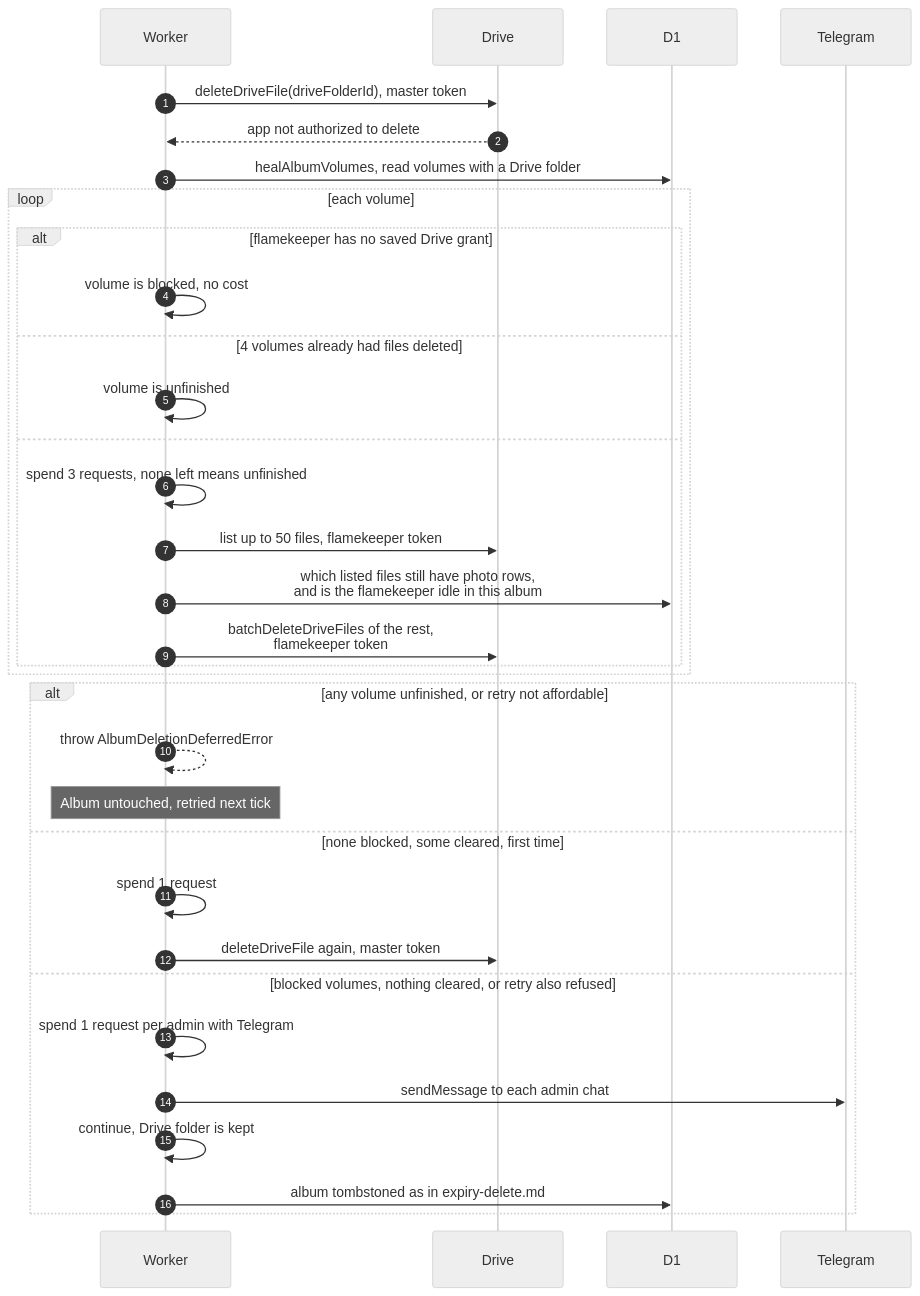
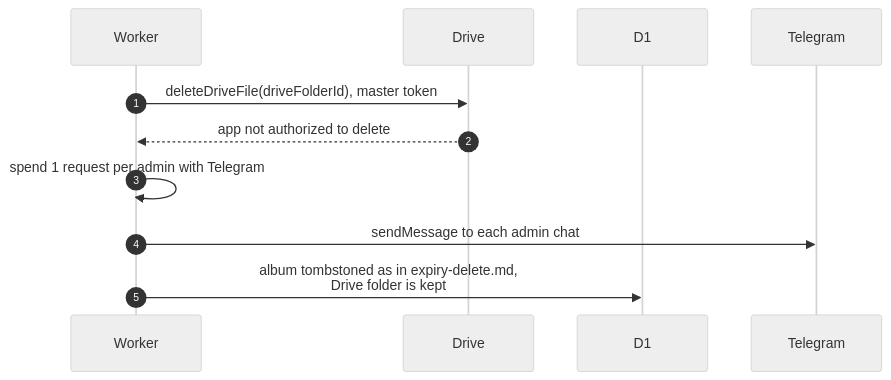
Before and after one commit to sagyzdop/meriksirat: the diagram in docs/scenarios/cron/albums-and-housekeeping/expiry-blocked-folder.md, drawn with Mermaid (neutral theme). The commit also changed other lines of this file and 15 other files, not shown here.

````diff
--- a/docs/scenarios/cron/albums-and-housekeeping/expiry-blocked-folder.md
+++ b/docs/scenarios/cron/albums-and-housekeeping/expiry-blocked-folder.md
@@ -43,35 +24,13 @@
 ```mermaid
 sequenceDiagram
     autonumber
     participant Worker
     participant Drive
     participant D1
     participant Telegram
     Worker->>Drive: deleteDriveFile(driveFolderId), master token
     Drive-->>Worker: app not authorized to delete
-    Worker->>D1: healAlbumVolumes, read volumes with a Drive folder
-    loop each volume
-        alt flamekeeper has no saved Drive grant
-            Worker->>Worker: volume is blocked, no cost
-        else 4 volumes already had files deleted
-            Worker->>Worker: volume is unfinished
-        else
-            Worker->>Worker: spend 3 requests, none left means unfinished
-            Worker->>Drive: list up to 50 files, flamekeeper token
-            Worker->>D1: which listed files still have photo rows,<br/>and is the flamekeeper idle in this album
-            Worker->>Drive: batchDeleteDriveFiles of the rest,<br/>flamekeeper token
-        end
-    end
-    alt any volume unfinished, or retry not affordable
-        Worker-->>Worker: throw AlbumDeletionDeferredError
-        Note over Worker: Album untouched, retried next tick
-    else none blocked, some cleared, first time
-        Worker->>Worker: spend 1 request
-        Worker->>Drive: deleteDriveFile again, master token
-    else blocked volumes, nothing cleared, or retry also refused
-        Worker->>Worker: spend 1 request per admin with Telegram
-        Worker->>Telegram: sendMessage to each admin chat
-        Worker->>Worker: continue, Drive folder is kept
-        Worker->>D1: album tombstoned as in expiry-delete.md
-    end
+    Worker->>Worker: spend 1 request per admin with Telegram
+    Worker->>Telegram: sendMessage to each admin chat
+    Worker->>D1: album tombstoned as in expiry-delete.md,<br/>Drive folder is kept
 ```
````
